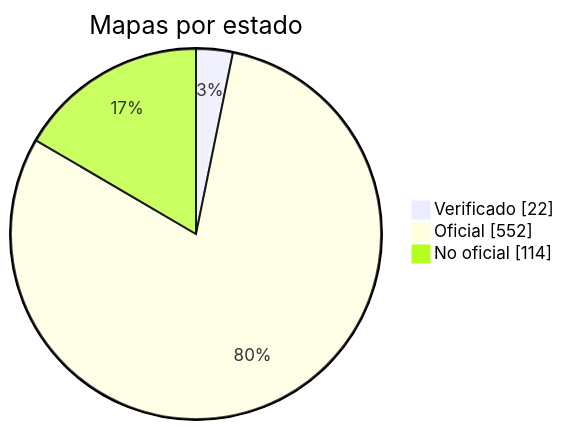
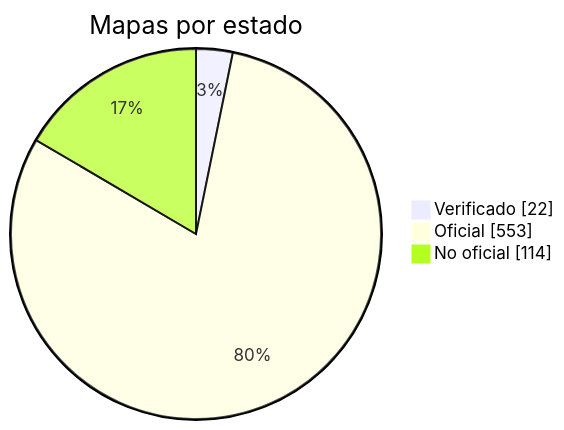
Before and after one commit to nobrega8/mbmap-library: the diagram in docs/readme/README_ES.md, drawn with Mermaid. The commit also changed 6 other files, not shown here.

````diff
--- a/docs/readme/README_ES.md
+++ b/docs/readme/README_ES.md
@@ -54,7 +54,7 @@
 ```mermaid
 pie showData
     title Mapas por estado
     "Verificado" : 22
-    "Oficial" : 552
+    "Oficial" : 553
     "No oficial" : 114
 ```
````
